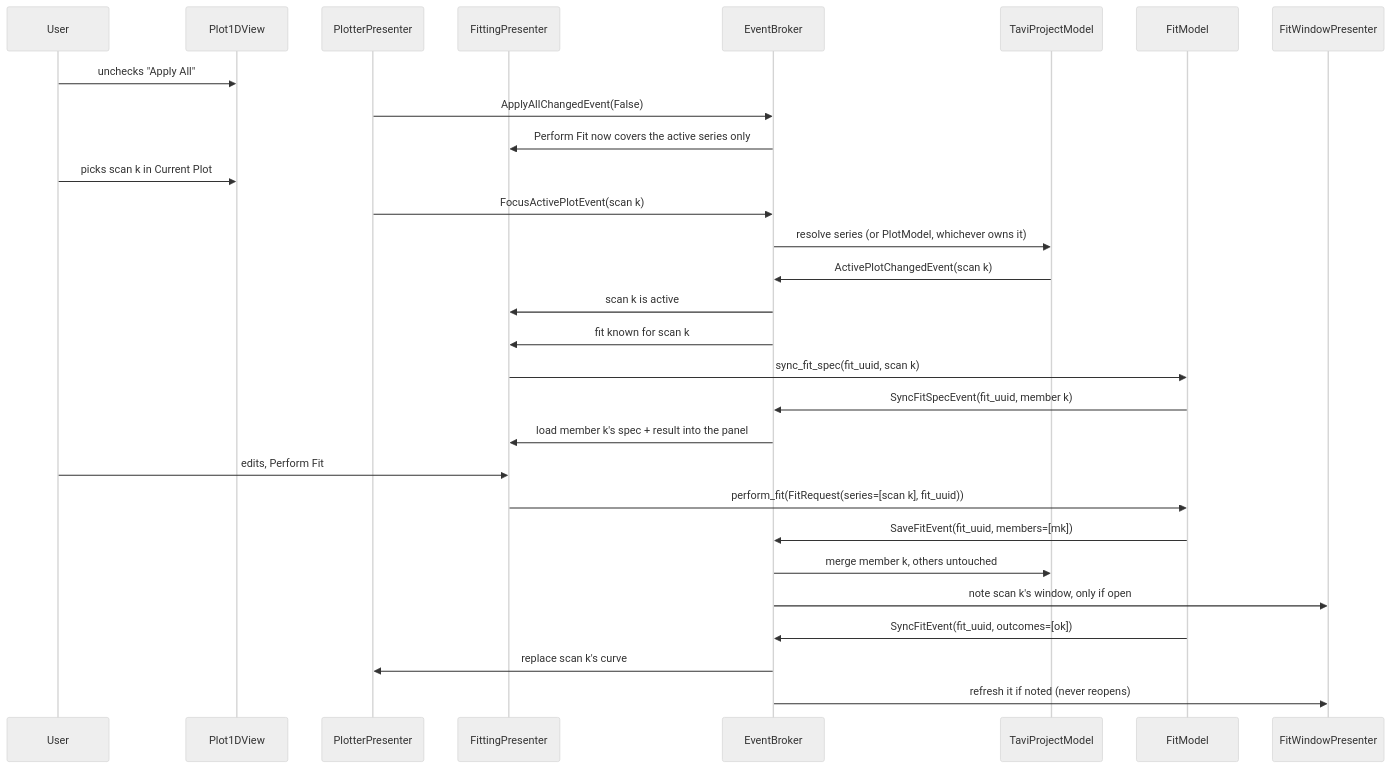
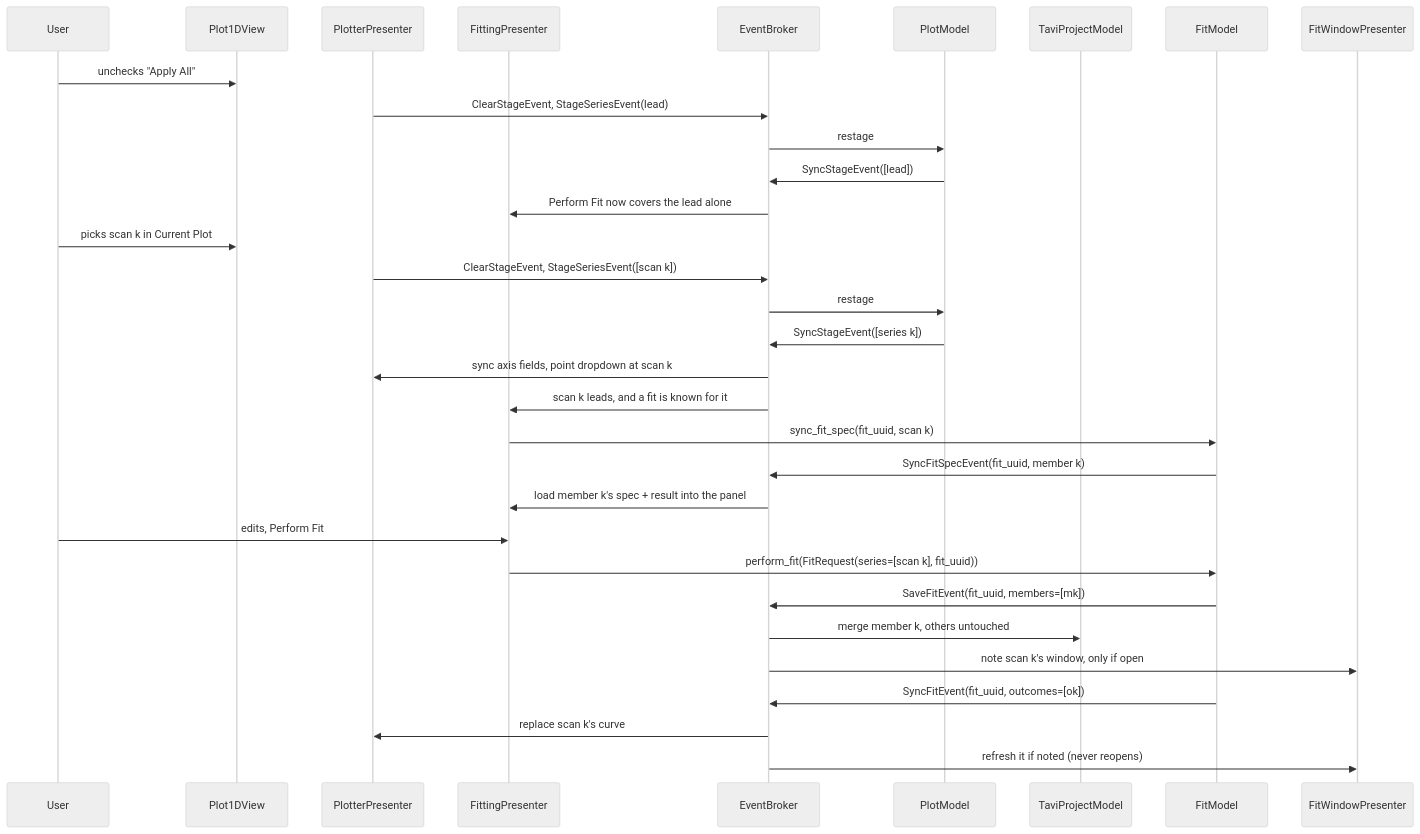
Before and after one commit to neutrons/TAVI: the fifth of 7 diagrams in docs/source/design/frontend/fit_data_model.rst, drawn with Mermaid (neutral theme). The commit also changed other lines of this file and 43 other files, not shown here.

```diff
--- a/docs/source/design/frontend/fit_data_model.rst
+++ b/docs/source/design/frontend/fit_data_model.rst
@@ -396,32 +449,35 @@
 .. mermaid::
 
     sequenceDiagram
         participant User
         participant Plot1DView
         participant PlotterPresenter
         participant FittingPresenter
         participant EventBroker
+        participant PlotModel
         participant TaviProjectModel
         participant FitModel
         participant FitWindowPresenter
 
         User ->> Plot1DView: unchecks "Apply All"
-        PlotterPresenter ->> EventBroker: ApplyAllChangedEvent(False)
-        EventBroker ->> FittingPresenter: Perform Fit now covers the active series only
+        PlotterPresenter ->> EventBroker: ClearStageEvent, StageSeriesEvent(lead)
+        EventBroker ->> PlotModel: restage
+        PlotModel ->> EventBroker: SyncStageEvent([lead])
+        EventBroker ->> FittingPresenter: Perform Fit now covers the lead alone
         User ->> Plot1DView: picks scan k in Current Plot
-        PlotterPresenter ->> EventBroker: FocusActivePlotEvent(scan k)
-        EventBroker ->> TaviProjectModel: resolve series (or PlotModel, whichever owns it)
-        TaviProjectModel ->> EventBroker: ActivePlotChangedEvent(scan k)
-        EventBroker ->> FittingPresenter: scan k is active
-        EventBroker ->> FittingPresenter: fit known for scan k
+        PlotterPresenter ->> EventBroker: ClearStageEvent, StageSeriesEvent([scan k])
+        EventBroker ->> PlotModel: restage
+        PlotModel ->> EventBroker: SyncStageEvent([series k])
+        EventBroker ->> PlotterPresenter: sync axis fields, point dropdown at scan k
+        EventBroker ->> FittingPresenter: scan k leads, and a fit is known for it
         FittingPresenter ->> FitModel: sync_fit_spec(fit_uuid, scan k)
         FitModel ->> EventBroker: SyncFitSpecEvent(fit_uuid, member k)
         EventBroker ->> FittingPresenter: load member k's spec + result into the panel
         User ->> FittingPresenter: edits, Perform Fit
         FittingPresenter ->> FitModel: perform_fit(FitRequest(series=[scan k], fit_uuid))
         FitModel ->> EventBroker: SaveFitEvent(fit_uuid, members=[mk])
         EventBroker ->> TaviProjectModel: merge member k, others untouched
         EventBroker ->> FitWindowPresenter: note scan k's window, only if open
         FitModel ->> EventBroker: SyncFitEvent(fit_uuid, outcomes=[ok])
         EventBroker ->> PlotterPresenter: replace scan k's curve
         EventBroker ->> FitWindowPresenter: refresh it if noted (never reopens)
```
